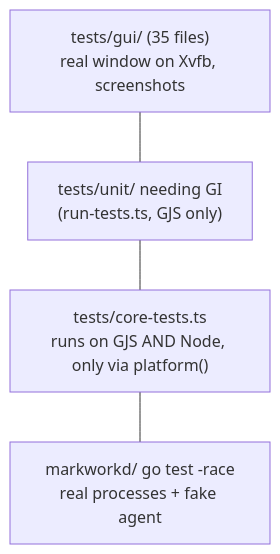
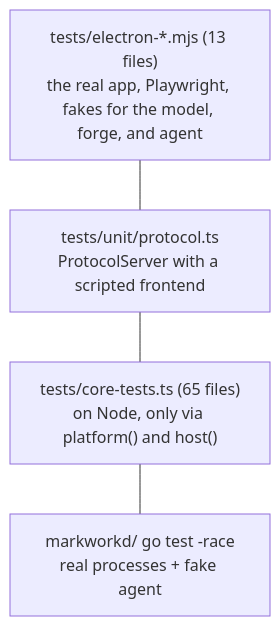
One commit to EkaPutCom/markwork changed diagram 15 of 16 in docs/ONBOARDING.md. Above: the diagram before and after it, drawn with Mermaid. The commit also changed other lines of this file and 111 other files, not shown here.

First line of the commit message:
docs: Electron-only docs, screenshots, and site (PR C of docs/design/hapus-gtk.md)

````diff
--- a/docs/ONBOARDING.md
+++ b/docs/ONBOARDING.md
@@ -603,9 +547,9 @@
 ```mermaid
 flowchart TB
-    gui["tests/gui/ (35 files)<br/>real window on Xvfb, screenshots"]
-    unitgi["tests/unit/ needing GI<br/>(run-tests.ts, GJS only)"]
-    core["tests/core-tests.ts<br/>runs on GJS AND Node, only via platform()"]
+    el["tests/electron-*.mjs (13 files)<br/>the real app, Playwright, fakes for the model, forge, and agent"]
+    proto["tests/unit/protocol.ts<br/>ProtocolServer with a scripted frontend"]
+    core["tests/core-tests.ts (65 files)<br/>on Node, only via platform() and host()"]
     go["markworkd/ go test -race<br/>real processes + fake agent"]
-    gui --- unitgi --- core
+    el --- proto --- core
     core --- go
 ```
````
